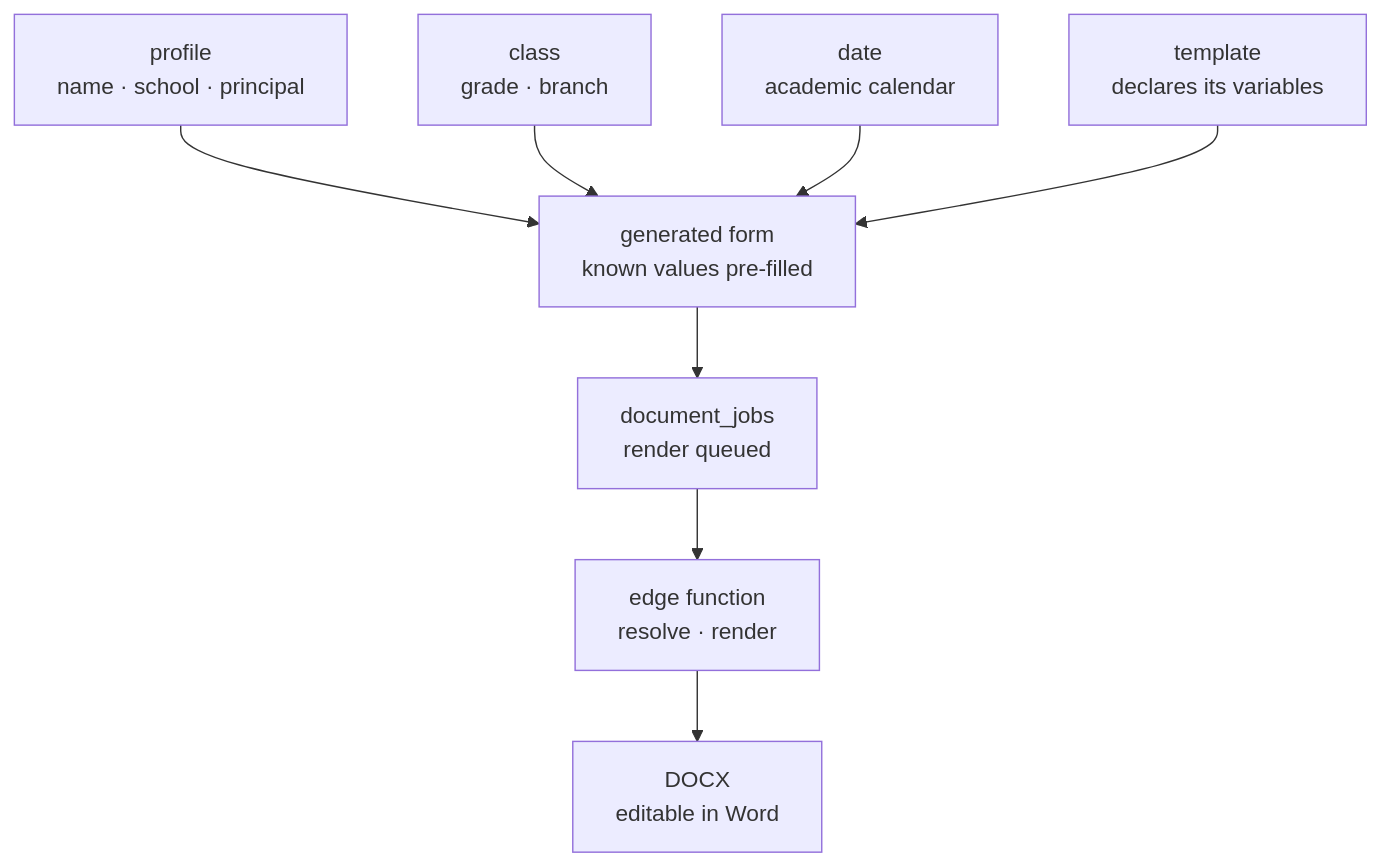
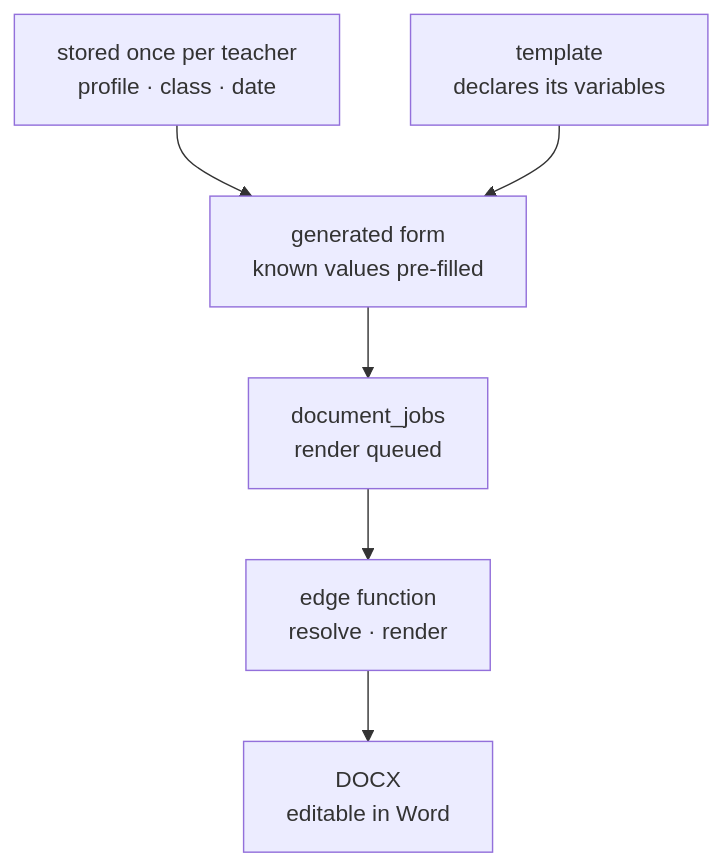
One commit to mobilteknolojileri/case-studies changed the second of 2 diagrams in ingilizceciyiz.md. Above: the diagram before and after it, drawn with Mermaid. The commit also changed other lines of this file, not shown here.

Commit message:
docs(ingilizceciyiz): narrow diagrams for mobile

````diff
--- a/ingilizceciyiz.md
+++ b/ingilizceciyiz.md
@@ -52,18 +52,14 @@
 ```mermaid
 flowchart TD
-    P["profile<br/>name · school · principal"]
-    C["class<br/>grade · branch"]
-    D["date<br/>academic calendar"]
+    A["stored once per teacher<br/>profile · class · date"]
     T["template<br/>declares its variables"]
 
     F["generated form<br/>known values pre-filled"]
     J["document_jobs<br/>render queued"]
     E["edge function<br/>resolve · render"]
     O["DOCX<br/>editable in Word"]
 
-    P --> F
-    C --> F
-    D --> F
+    A --> F
     T --> F
     F --> J --> E --> O
 ```
````
